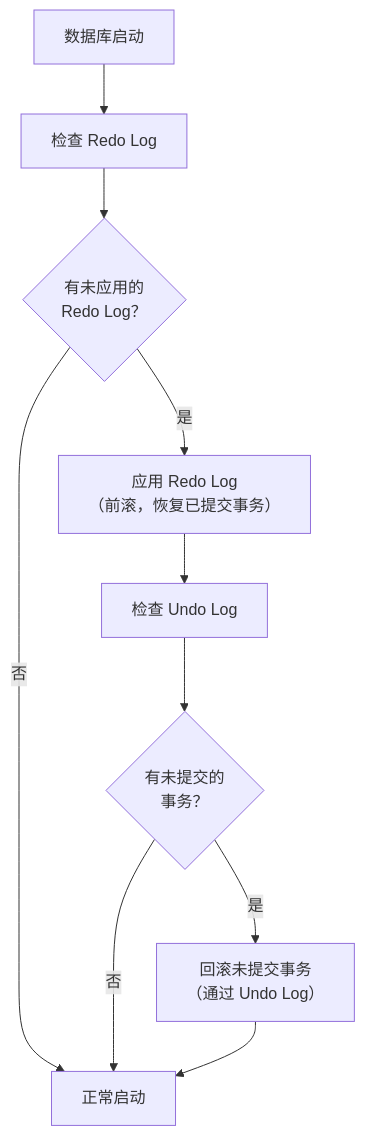
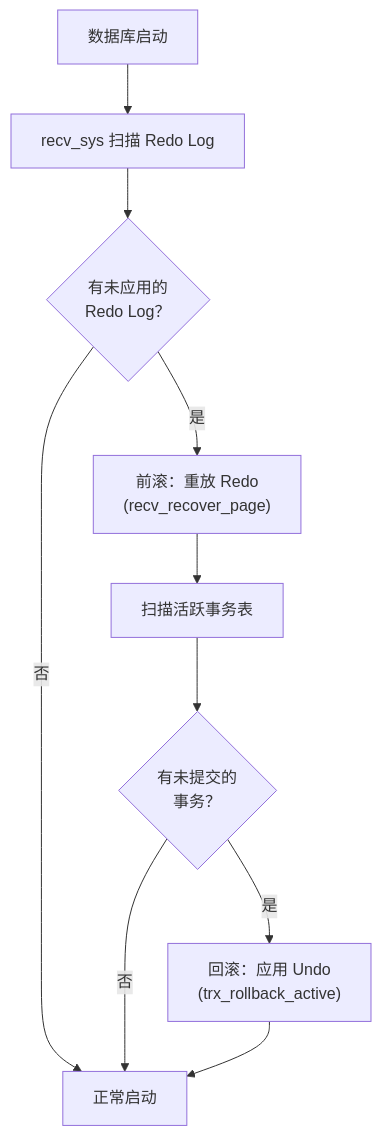
The fourth of 4 diagrams in docs/03-mysql/06-InnoDB存储引擎深度剖析.md (b1tzer/b1tzer.github.io), drawn with Mermaid before and after one commit. The commit also changed other lines of this file and 16 other files, not shown here.

````diff
--- a/docs/03-mysql/06-InnoDB存储引擎深度剖析.md
+++ b/docs/03-mysql/06-InnoDB存储引擎深度剖析.md
@@ -197,12 +257,12 @@
 ```mermaid
 flowchart TD
-    Start["数据库启动"] --> Check["检查 Redo Log"]
+    Start["数据库启动"] --> Check["recv_sys 扫描 Redo Log"]
     Check --> HasRedo{"有未应用的<br>Redo Log？"}
-    HasRedo -->|是| Apply["应用 Redo Log<br>（前滚，恢复已提交事务）"]
+    HasRedo -->|是| Apply["前滚：重放 Redo<br>(recv_recover_page)"]
     HasRedo -->|否| Done["正常启动"]
-    Apply --> CheckUndo["检查 Undo Log"]
+    Apply --> CheckUndo["扫描活跃事务表"]
     CheckUndo --> HasUndo{"有未提交的<br>事务？"}
-    HasUndo -->|是| Rollback["回滚未提交事务<br>（通过 Undo Log）"]
+    HasUndo -->|是| Rollback["回滚：应用 Undo<br>(trx_rollback_active)"]
     HasUndo -->|否| Done
     Rollback --> Done
 ```
````
